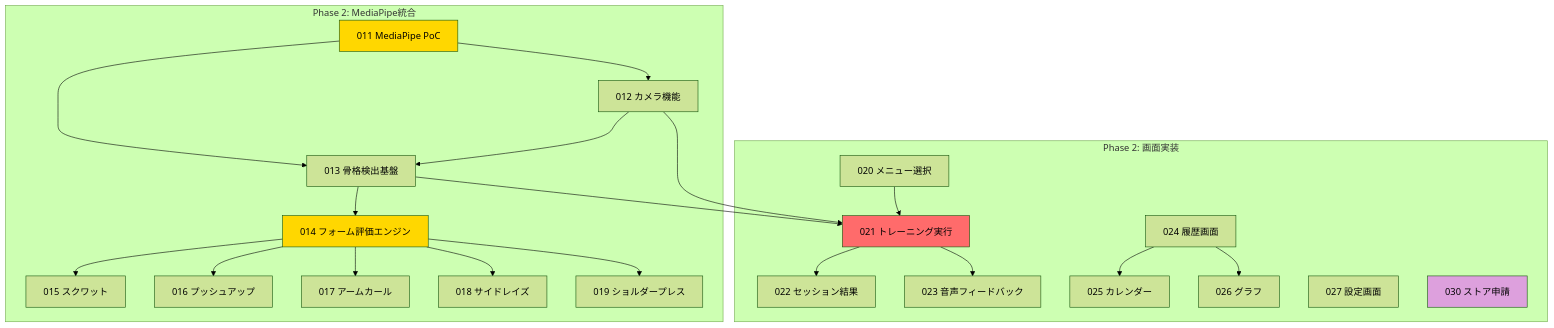
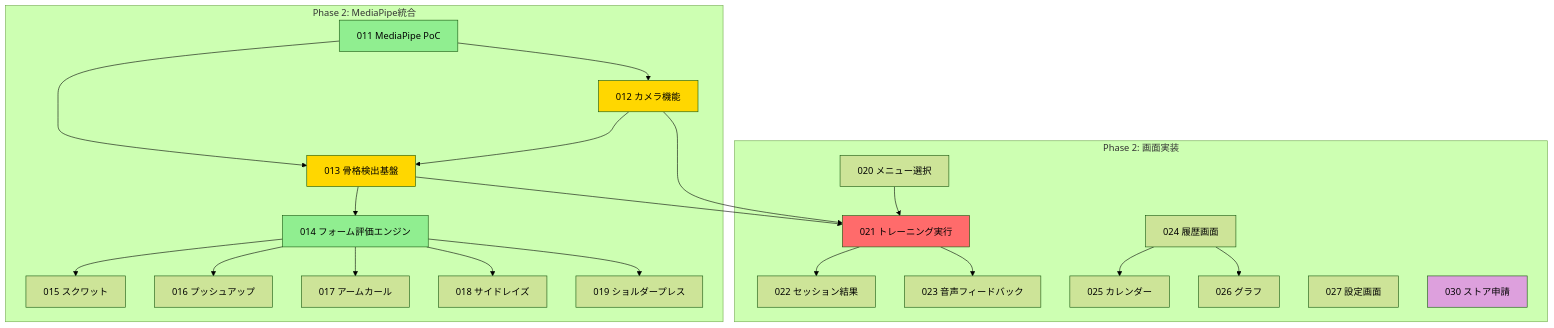
One commit to Daiki01234567/ai_fitness_app changed the third of 3 diagrams in docs/expo/tickets/000-ticket-overview.md. Above: the diagram before and after it, drawn with Mermaid (forest theme). The commit also changed other lines of this file and 167 other files, not shown here.

````diff
--- a/docs/expo/tickets/000-ticket-overview.md
+++ b/docs/expo/tickets/000-ticket-overview.md
@@ -322,49 +322,51 @@
 ```mermaid
 graph TD
     subgraph Phase2_MediaPipe[Phase 2: MediaPipe統合]
         011[011 MediaPipe PoC]
         012[012 カメラ機能]
         013[013 骨格検出基盤]
         014[014 フォーム評価エンジン]
         015[015 スクワット]
         016[016 プッシュアップ]
         017[017 アームカール]
         018[018 サイドレイズ]
         019[019 ショルダープレス]
 
         011 --> 012
         011 --> 013
         012 --> 013
         013 --> 014
         014 --> 015
         014 --> 016
         014 --> 017
         014 --> 018
         014 --> 019
     end
 
     subgraph Phase2_Screen[Phase 2: 画面実装]
         020[020 メニュー選択]
         021[021 トレーニング実行]
         022[022 セッション結果]
         023[023 音声フィードバック]
         024[024 履歴画面]
         025[025 カレンダー]
         026[026 グラフ]
         027[027 設定画面]
         030[030 ストア申請]
 
         020 --> 021
         013 --> 021
         012 --> 021
         021 --> 022
         021 --> 023
         024 --> 025
         024 --> 026
     end
 
-    style 011 fill:#FFD700
-    style 014 fill:#FFD700
+    style 011 fill:#90EE90
+    style 012 fill:#FFD700
+    style 013 fill:#FFD700
+    style 014 fill:#90EE90
     style 021 fill:#FF6B6B
     style 030 fill:#DDA0DD
 ```
````
